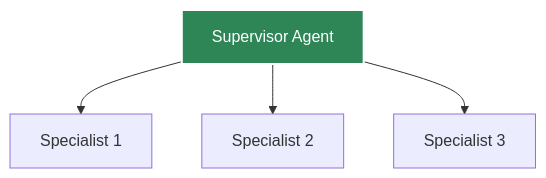
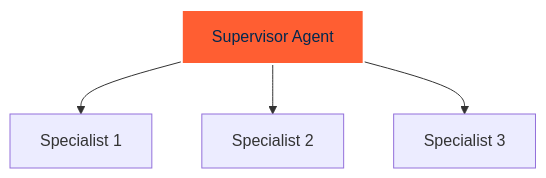
Before and after one commit to yaalalabs/agent-kernel: the first of 3 diagrams in docs/docs/advanced/multi-agent.md, drawn with Mermaid. The commit also changed other lines of this file and 444 other files, not shown here.

````diff
--- a/docs/docs/advanced/multi-agent.md
+++ b/docs/docs/advanced/multi-agent.md
@@ -13,8 +13,8 @@
 ```mermaid
 graph TB
     A[Supervisor Agent] --> B[Specialist 1]
     A --> C[Specialist 2]
     A --> D[Specialist 3]
     
-    style A fill:#2e8555,stroke:#fff,stroke-width:2px,color:#fff
+    style A fill:#FF5E32,stroke:#fff,stroke-width:2px,color:#02284F
 ```
````
